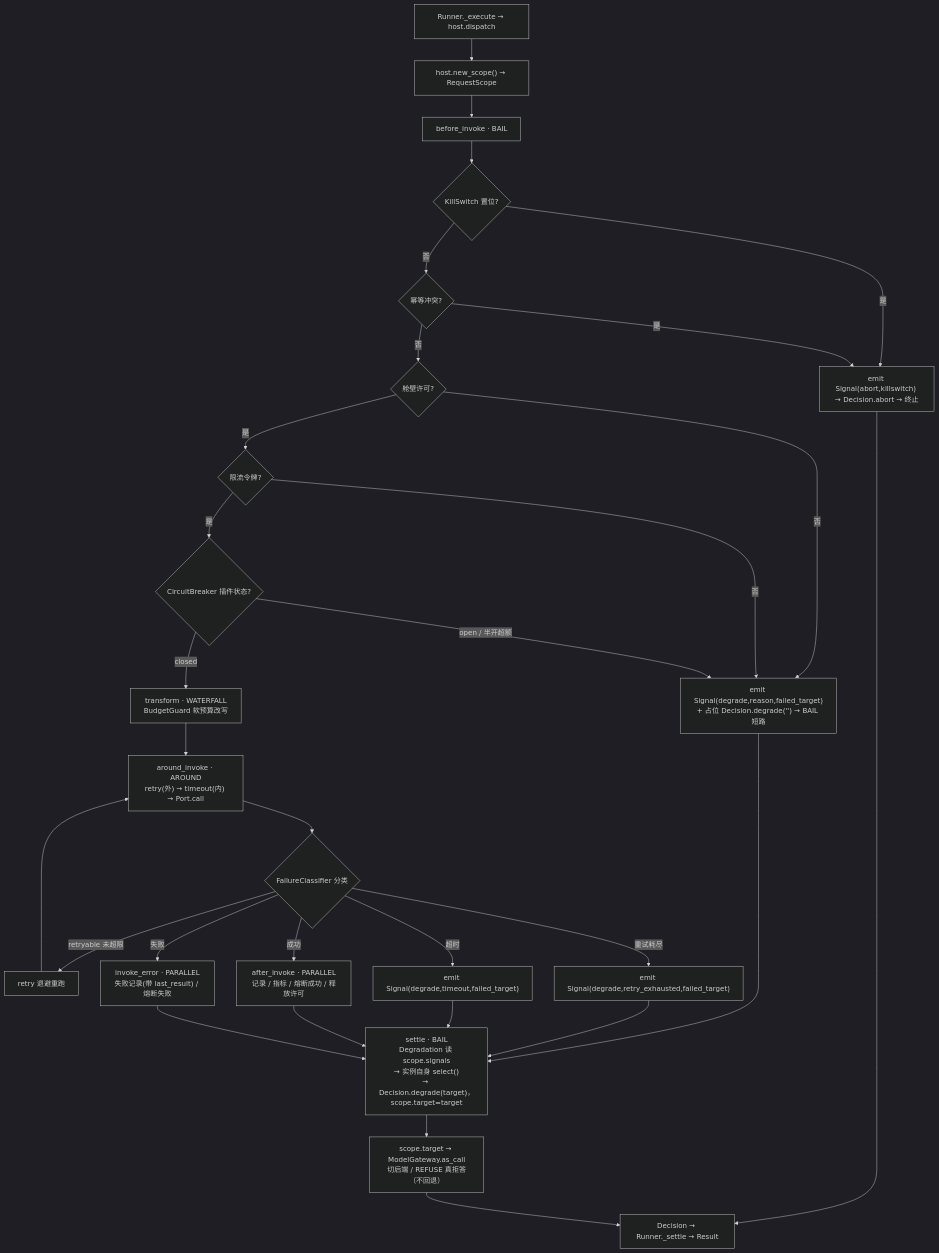
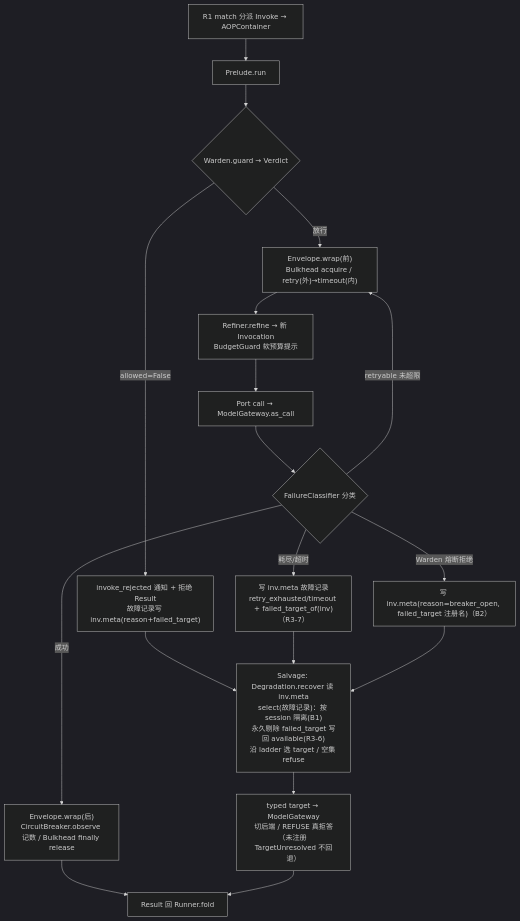
One commit to sao-lang/lll changed the diagram in docs/02-模块详设/Agent/R3-可靠性.md. Above: the diagram before and after it, drawn with Mermaid (dark theme). The commit also changed other lines of this file and 127 other files, not shown here.

````diff
--- a/docs/02-模块详设/Agent/R3-可靠性.md
+++ b/docs/02-模块详设/Agent/R3-可靠性.md
@@ -86,32 +116,20 @@
 ```mermaid
 flowchart TD
-    START["Runner._execute → host.dispatch"] --> SCOPE["host.new_scope() → RequestScope"]
-    SCOPE --> BI["before_invoke · BAIL"]
-    BI --> KS{"KillSwitch 置位?"}
-    KS -->|是| ABORT["emit Signal(abort,killswitch) → Decision.abort → 终止"]
-    KS -->|否| IDEM{"幂等冲突?"}
-    IDEM -->|是| ABORT
-    IDEM -->|否| BH{"舱壁许可?"}
-    BH -->|否| SIGD["emit Signal(degrade,reason,failed_target)<br/>+ 占位 Decision.degrade('') → BAIL 短路"]
-    BH -->|是| RL{"限流令牌?"}
-    RL -->|否| SIGD
-    RL -->|是| CB{"CircuitBreaker 插件状态?"}
-    CB -->|open / 半开超额| SIGD
-    CB -->|closed| TR["transform · WATERFALL<br/>BudgetGuard 软预算改写"]
-    TR --> AR["around_invoke · AROUND<br/>retry(外) → timeout(内) → Port.call"]
-    AR --> FC{"FailureClassifier 分类"}
-    FC -->|retryable 未超限| RT["retry 退避重跑"]
-    RT --> AR
-    FC -->|重试耗尽| SDE["emit Signal(degrade,retry_exhausted,failed_target)"]
-    FC -->|超时| SDT["emit Signal(degrade,timeout,failed_target)"]
-    FC -->|成功| OBS["after_invoke · PARALLEL<br/>记录 / 指标 / 熔断成功 / 释放许可"]
-    FC -->|失败| OBE["invoke_error · PARALLEL<br/>失败记录(带 last_result) / 熔断失败"]
-    SIGD --> SETTLE
-    SDE --> SETTLE
-    SDT --> SETTLE
-    OBS --> SETTLE
-    OBE --> SETTLE
-    ABORT --> RESULT
-    SETTLE["settle · BAIL<br/>Degradation 读 scope.signals<br/>→ 实例自身 select()<br/>→ Decision.degrade(target)，scope.target=target"] --> GW["scope.target → ModelGateway.as_call<br/>切后端 / REFUSE 真拒答（不回退）"]
-    GW --> RESULT["Decision → Runner._settle → Result"]
+    START["R1 match 分派 Invoke → AOPContainer"] --> PRE["Prelude.run"]
+    PRE --> WA{"Warden.guard → Verdict"}
+    WA -->|allowed=False| REJ["invoke_rejected 通知 + 拒绝 Result<br/>故障记录写 inv.meta(reason+failed_target)"]
+    WA -->|放行| EN["Envelope.wrap(前)<br/>Bulkhead acquire / retry(外)→timeout(内)"]
+    EN --> RF["Refiner.refine → 新 Invocation<br/>BudgetGuard 软预算提示"]
+    RF --> PC["Port call → ModelGateway.as_call"]
+    PC --> FC{"FailureClassifier 分类"}
+    FC -->|retryable 未超限| EN
+    FC -->|"耗尽/超时"| FAULT["写 inv.meta 故障记录<br/>retry_exhausted/timeout + failed_target_of(inv)（R3-7）"]
+    FC -->|成功| EN2["Envelope.wrap(后)<br/>CircuitBreaker.observe 记数 / Bulkhead finally release"]
+    FC -->|Warden 熔断拒绝| BRK["写 inv.meta(reason=breaker_open, failed_target 注册名)（B2）"]
+    REJ --> SAL
+    FAULT --> SAL
+    BRK --> SAL
+    EN2 --> RES["Result 回 Runner.fold"]
+    SAL["Salvage: Degradation.recover 读 inv.meta<br/>select(故障记录)：按 session 隔离(B1)<br/>永久剔除 failed_target 写回 available(R3-6)<br/>沿 ladder 选 target / 空集 refuse"] --> GW["typed target → ModelGateway<br/>切后端 / REFUSE 真拒答（未注册 TargetUnresolved 不回退）"]
+    GW --> RES
 ```
````
